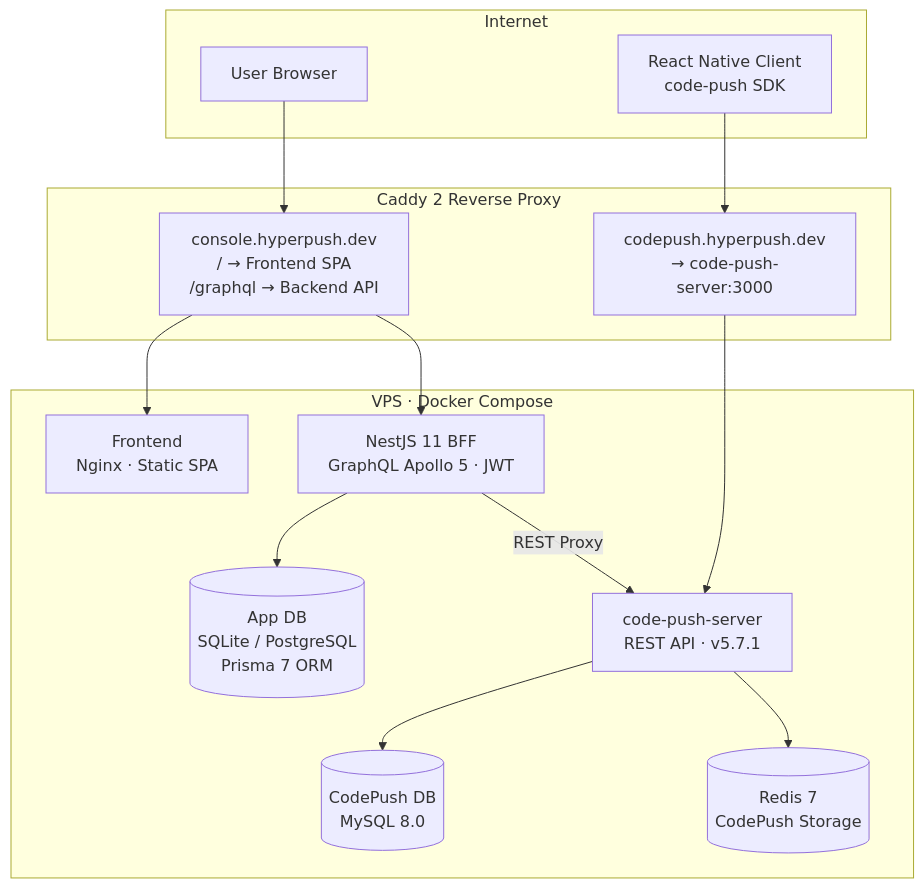
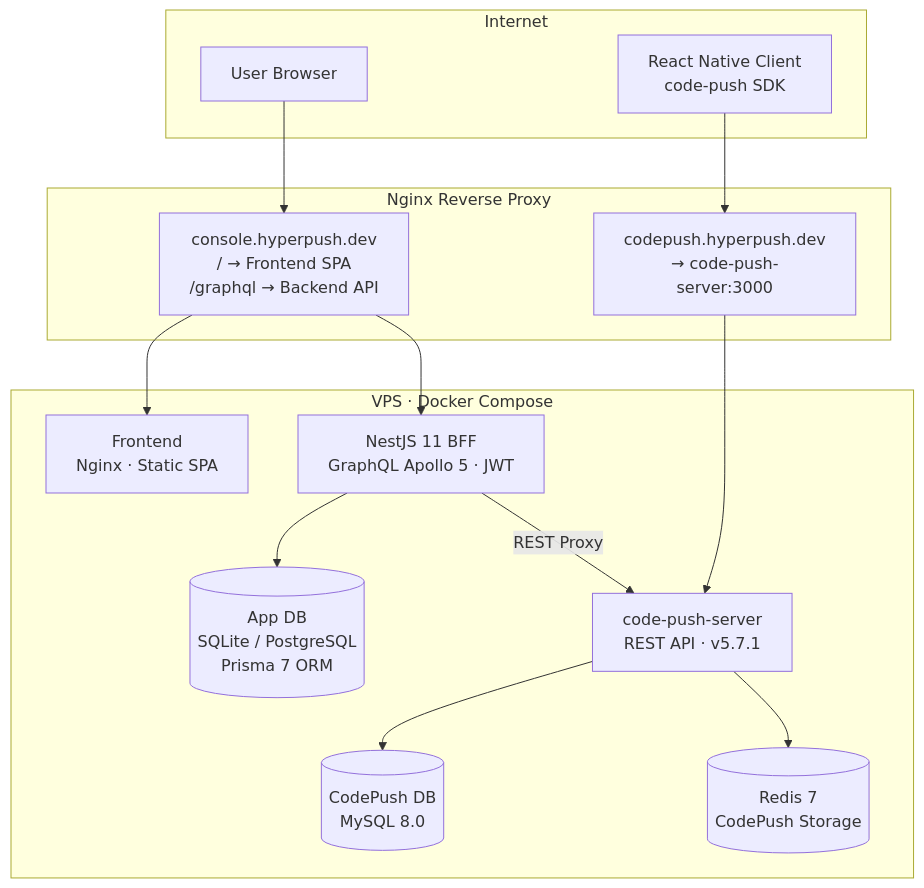
The first of 2 diagrams in README.md (MrBigPorter/hyper_push), drawn with Mermaid before and after one commit. The commit also changed other lines of this file and 4 other files, not shown here.

First line of the commit message:
feat: replace Caddy with Nginx reverse proxy

````diff
--- a/README.md
+++ b/README.md
@@ -340,31 +349,31 @@
 ```mermaid
 graph TB
     subgraph Internet["Internet"]
         User["User Browser"]
         CPClient["React Native Client<br/>code-push SDK"]
     end
 
-    subgraph Caddy["Caddy 2 Reverse Proxy"]
+    subgraph Nginx["Nginx Reverse Proxy"]
         CP["codepush.hyperpush.dev<br/>→ code-push-server:3000"]
         Console["console.hyperpush.dev<br/>/ → Frontend SPA<br/>/graphql → Backend API"]
     end
 
     subgraph VPS["VPS · Docker Compose"]
         Frontend["Frontend<br/>Nginx · Static SPA"]
         Backend["NestJS 11 BFF<br/>GraphQL Apollo 5 · JWT"]
         CodePush["code-push-server<br/>REST API · v5.7.1"]
         DB[("App DB<br/>SQLite / PostgreSQL<br/>Prisma 7 ORM")]
         MySQL[("CodePush DB<br/>MySQL 8.0")]
         Redis[("Redis 7<br/>CodePush Storage")]
     end
 
     User --> Console
     CPClient --> CP
     Console --> Frontend
     Console --> Backend
     CP --> CodePush
     Backend --> DB
     Backend -->|REST Proxy| CodePush
     CodePush --> MySQL
     CodePush --> Redis
 ```
````
